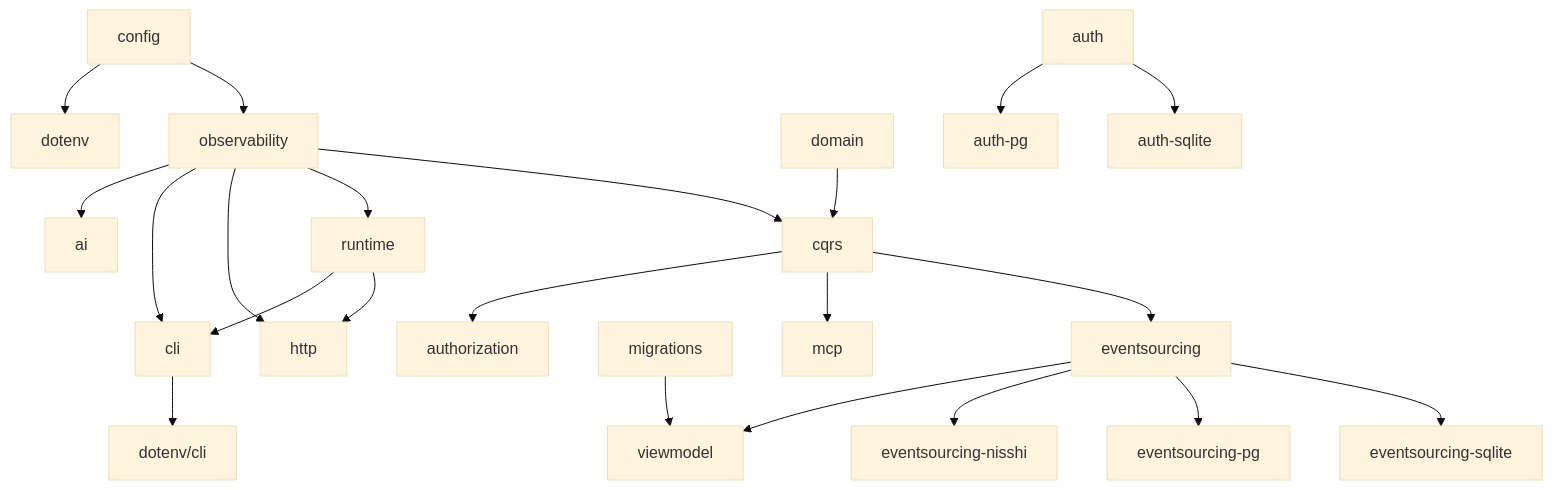
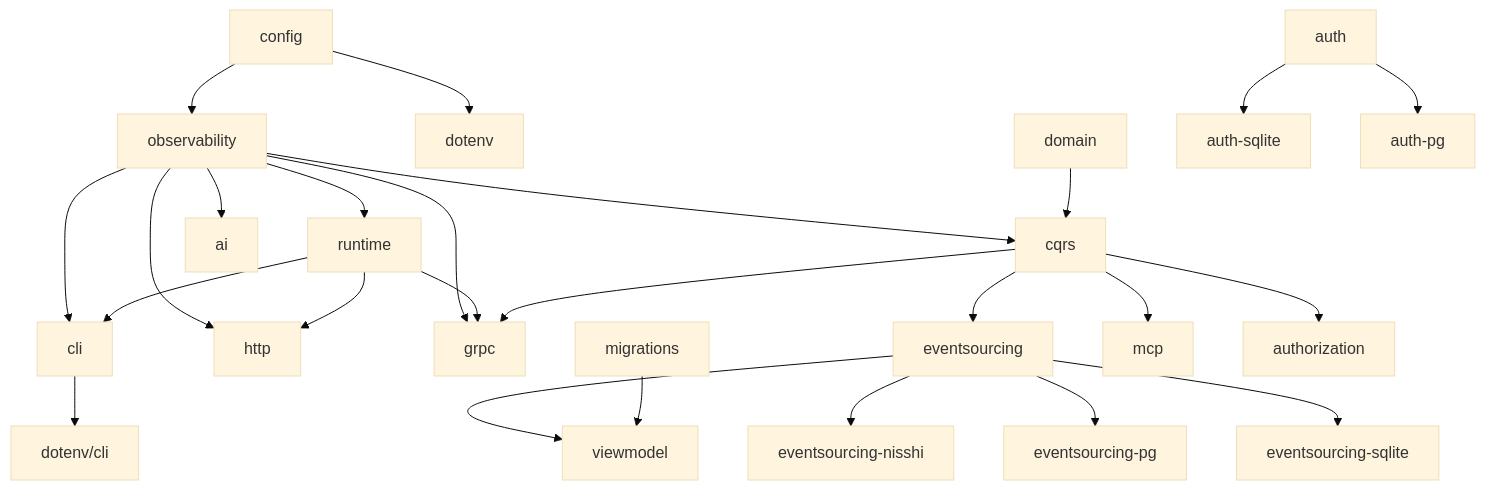
The second of 2 diagrams in docs/architecture.md (Ligerian-labs/structure), drawn with Mermaid (base theme) before and after one commit. The commit also changed other lines of this file and 37 other files, not shown here.

````diff
--- a/docs/architecture.md
+++ b/docs/architecture.md
@@ -34,15 +34,15 @@
 ```mermaid
 flowchart TD
     config --> observability
     config --> dotenv
     cli --> dotenvcli[dotenv/cli]
-    observability --> cqrs & runtime & http & cli & ai
+    observability --> cqrs & runtime & http & cli & grpc & ai
     domain --> cqrs --> eventsourcing
     eventsourcing --> essqlite[eventsourcing-sqlite] & espg[eventsourcing-pg] & esnisshi[eventsourcing-nisshi]
     eventsourcing --> viewmodel
     migrations --> viewmodel
-    runtime --> http & cli
-    cqrs --> mcp
+    runtime --> http & cli & grpc
+    cqrs --> mcp & grpc
     auth --> authsqlite[auth-sqlite] & authpg[auth-pg]
     cqrs --> authorization
 ```
````
